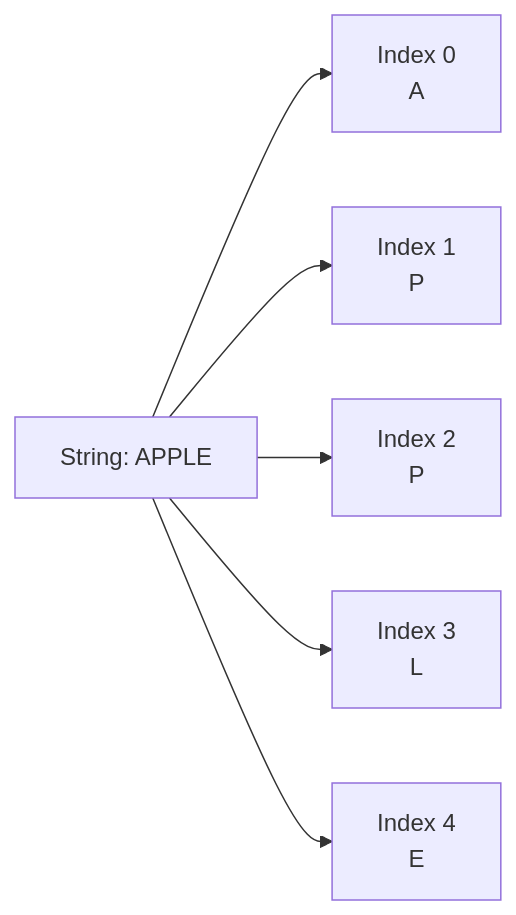
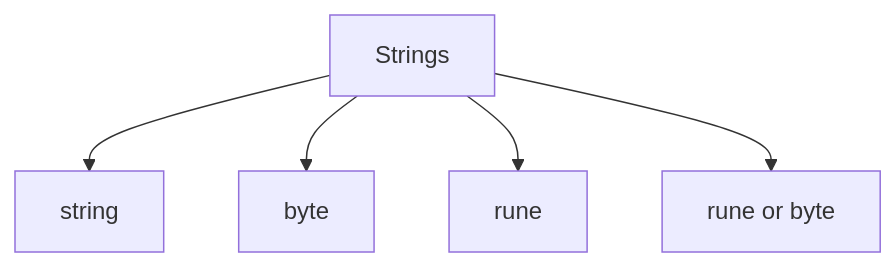
Before and after one commit to 9999dude/omega: the first of 16 diagrams in docs/datastructures/strings.md, drawn with Mermaid. The commit also changed other lines of this file and 58 other files, not shown here.

````diff
--- a/docs/datastructures/strings.md
+++ b/docs/datastructures/strings.md
@@ -44,10 +27,8 @@
 ```mermaid
-flowchart LR
-    S["String: APPLE"]
-
-    S --> C0["Index 0<br/>A"]
-    S --> C1["Index 1<br/>P"]
-    S --> C2["Index 2<br/>P"]
-    S --> C3["Index 3<br/>L"]
-    S --> C4["Index 4<br/>E"]
+flowchart TD
+    T["Strings"]
+    T --> R0["string"]
+    T --> R1["byte"]
+    T --> R2["rune"]
+    T --> R3["rune or byte"]
 ```
````
